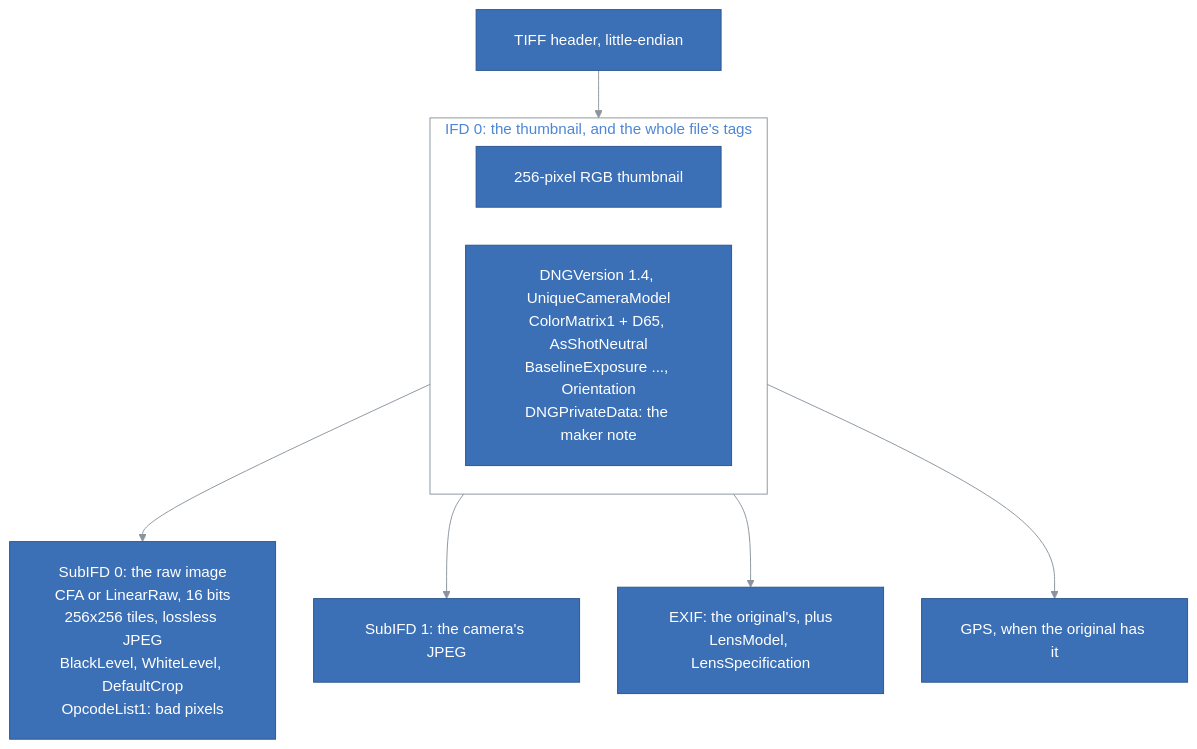
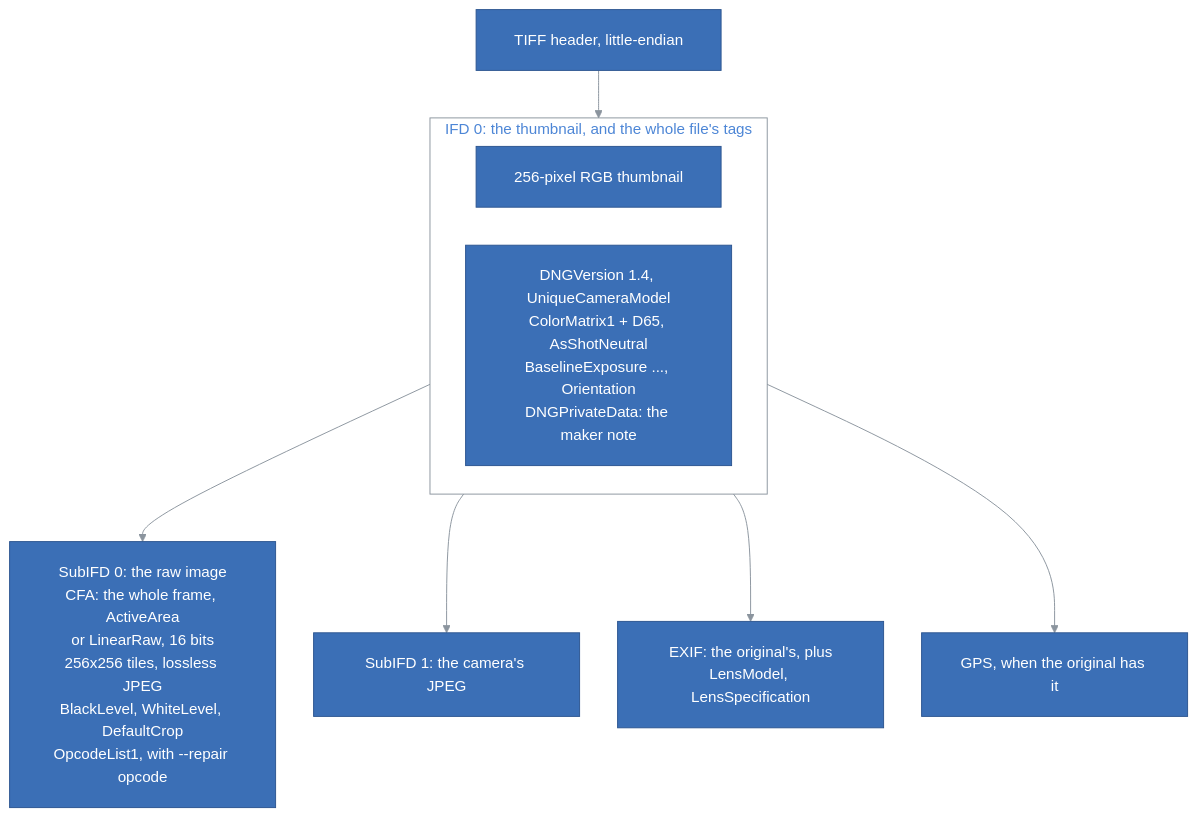
One commit to kineticsystem/raw-converter changed the third of 3 diagrams in docs/ARCHITECTURE.md. Above: the diagram before and after it, drawn with Mermaid. The commit also changed other lines of this file and 21 other files, not shown here.

First line of the commit message:
Store DNGs as Adobe DNG Converter does; repair bad pixels on request

````diff
--- a/docs/ARCHITECTURE.md
+++ b/docs/ARCHITECTURE.md
@@ -384,68 +392,68 @@
 ```mermaid
 ---
 config:
   theme: base
   themeCSS: ".edgeLabel p { padding: 4px 10px; }"
   flowchart:
     padding: 20
     nodeSpacing: 40
     rankSpacing: 50
   class:
     padding: 16
   sequence:
     boxMargin: 12
     boxTextMargin: 8
     noteMargin: 28
     messageMargin: 40
     actorMargin: 60
     labelBoxWidth: 56
     labelBoxHeight: 28
   themeVariables:
     primaryColor: "#3b6fb6"
     primaryTextColor: "#ffffff"
     primaryBorderColor: "#2c5590"
     lineColor: "#8b949e"
     textColor: "#4d86d6"
     actorBkg: "#3b6fb6"
     actorBorder: "#2c5590"
     actorTextColor: "#ffffff"
     actorLineColor: "#8b949e"
     signalColor: "#8b949e"
     signalTextColor: "#4d86d6"
     noteBkgColor: "#3b6fb6"
     noteTextColor: "#ffffff"
     noteBorderColor: "#2c5590"
     secondaryColor: "#3b6fb6"
     tertiaryColor: "#3b6fb6"
     clusterBkg: "transparent"
     clusterBorder: "#8b949e"
     titleColor: "#4d86d6"
     edgeLabelBackground: "#3b6fb6"
     classText: "#ffffff"
     labelBoxBkgColor: "#3b6fb6"
     labelBoxBorderColor: "#2c5590"
     labelTextColor: "#ffffff"
     loopTextColor: "#4d86d6"
     mainBkg: "#3b6fb6"
     nodeBorder: "#2c5590"
     nodeTextColor: "#ffffff"
     secondaryBorderColor: "#2c5590"
     secondaryTextColor: "#ffffff"
     tertiaryBorderColor: "#2c5590"
     tertiaryTextColor: "#ffffff"
     errorBkgColor: "#3b6fb6"
     errorTextColor: "#ffffff"
 ---
 flowchart TB
     Header["TIFF header, little-endian"] --> IFD0
     subgraph IFD0["IFD 0: the thumbnail, and the whole file's tags"]
         Thumb["256-pixel RGB thumbnail"]
         Tags0["DNGVersion 1.4, UniqueCameraModel<br/>ColorMatrix1 + D65, AsShotNeutral<br/>BaselineExposure ..., Orientation<br/>DNGPrivateData: the maker note"]
     end
-    IFD0 --> Raw["SubIFD 0: the raw image<br/>CFA or LinearRaw, 16 bits<br/>256x256 tiles, lossless JPEG<br/>BlackLevel, WhiteLevel, DefaultCrop<br/>OpcodeList1: bad pixels"]
+    IFD0 --> Raw["SubIFD 0: the raw image<br/>CFA: the whole frame, ActiveArea<br/>or LinearRaw, 16 bits<br/>256x256 tiles, lossless JPEG<br/>BlackLevel, WhiteLevel, DefaultCrop<br/>OpcodeList1, with --repair opcode"]
     IFD0 --> Preview["SubIFD 1: the camera's JPEG"]
     IFD0 --> Exif["EXIF: the original's, plus<br/>LensModel, LensSpecification"]
     IFD0 --> Gps["GPS, when the original has it"]
 
     classDef default fill:#3b6fb6,stroke:#2c5590,color:#ffffff
 ```
````
